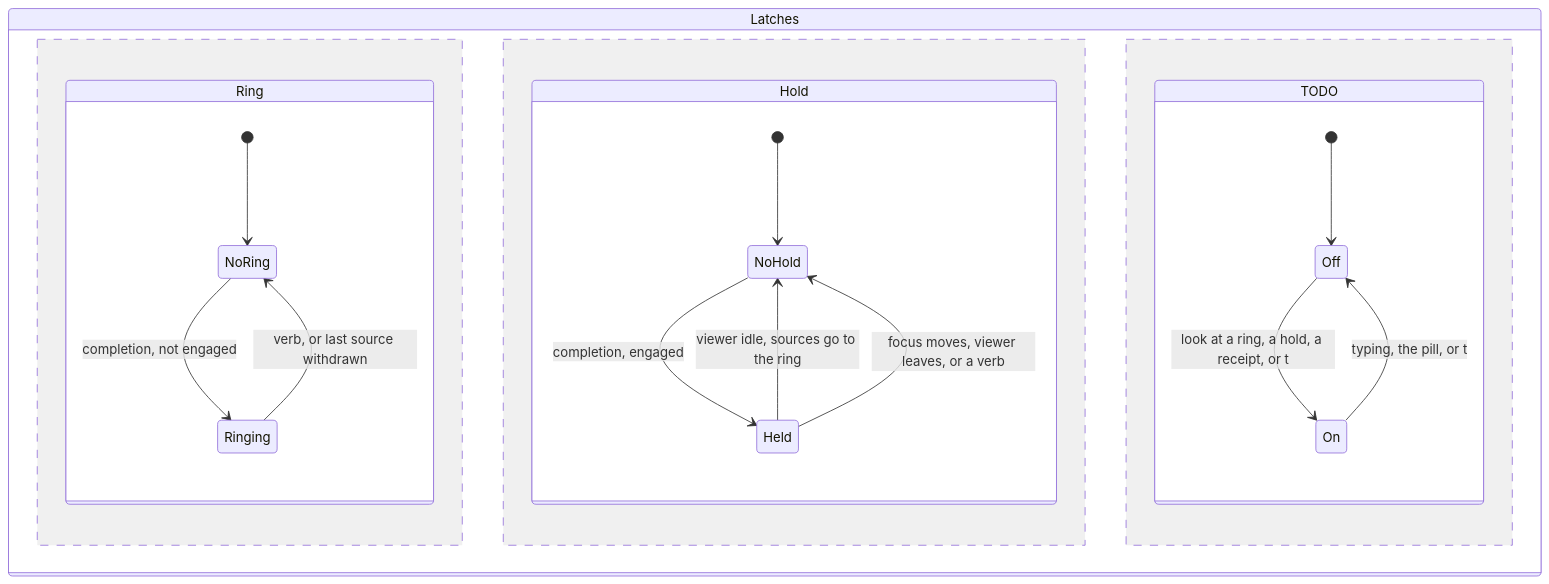
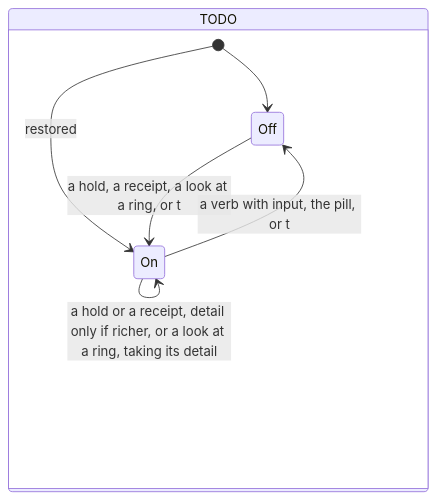
Before and after one commit to diffplug/dormouse: the ninth of 14 diagrams in docs/specs/alert.md, drawn with Mermaid. The commit also changed other lines of this file and 1 other file, not shown here.

````diff
--- a/docs/specs/alert.md
+++ b/docs/specs/alert.md
@@ -134,23 +224,10 @@
 ```mermaid
 stateDiagram-v2
-  state "Latches" as Latches {
-    state "Ring" as Ring {
-      [*] --> NoRing
-      NoRing --> Ringing: completion, not engaged
-      Ringing --> NoRing: verb, or last source withdrawn
-    }
-    --
-    state "Hold" as Hold {
-      [*] --> NoHold
-      NoHold --> Held: completion, engaged
-      Held --> NoHold: viewer idle, sources go to the ring
-      Held --> NoHold: focus moves, viewer leaves, or a verb
-    }
-    --
-    state "TODO" as Todo {
-      [*] --> Off
-      Off --> On: look at a ring, a hold, a receipt, or t
-      On --> Off: typing, the pill, or t
-    }
+  state "TODO" as Todo {
+    [*] --> Off
+    [*] --> On: restored
+    Off --> On: a hold, a receipt, a look at a ring, or t
+    On --> On: a hold or a receipt, detail only if richer, or a look at a ring, taking its detail
+    On --> Off: a verb with input, the pill, or t
   }
 ```
````
